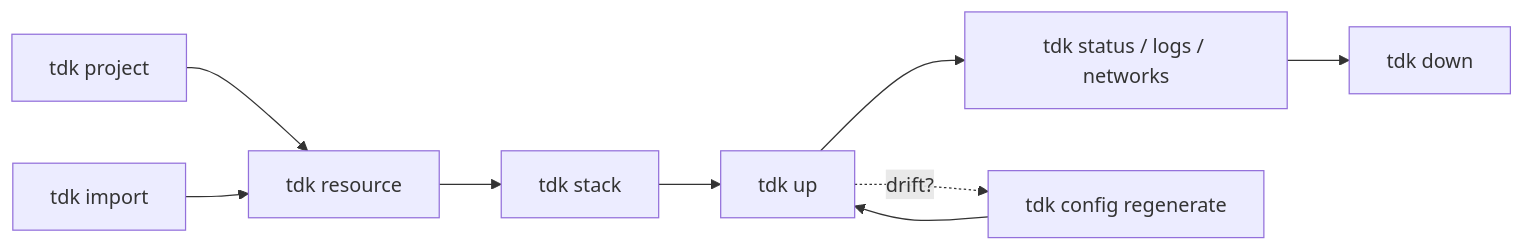
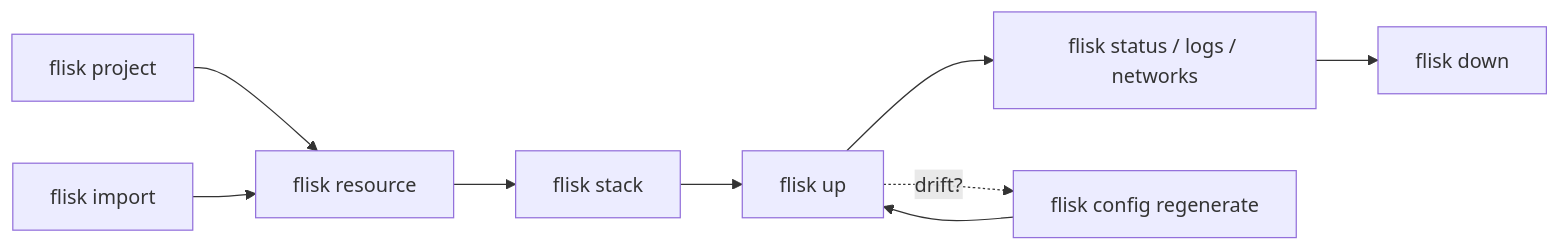
One commit to AK-Lmn/tdk-cli-core changed the diagram in docs/cheat-sheet.md. Above: the diagram before and after it, drawn with Mermaid. The commit also changed other lines of this file and 1386 other files, not shown here.

````diff
--- a/docs/cheat-sheet.md
+++ b/docs/cheat-sheet.md
@@ -47,11 +47,11 @@
 ```mermaid
 flowchart LR
-  A[tdk project] --> B[tdk resource]
-  I[tdk import] --> B
-  B --> C[tdk stack]
-  C --> D[tdk up]
-  D --> E[tdk status / logs / networks]
-  E --> F[tdk down]
-  D -. drift? .-> G[tdk config regenerate]
+  A[flisk project] --> B[flisk resource]
+  I[flisk import] --> B
+  B --> C[flisk stack]
+  C --> D[flisk up]
+  D --> E[flisk status / logs / networks]
+  E --> F[flisk down]
+  D -. drift? .-> G[flisk config regenerate]
   G --> D
 ```
````
